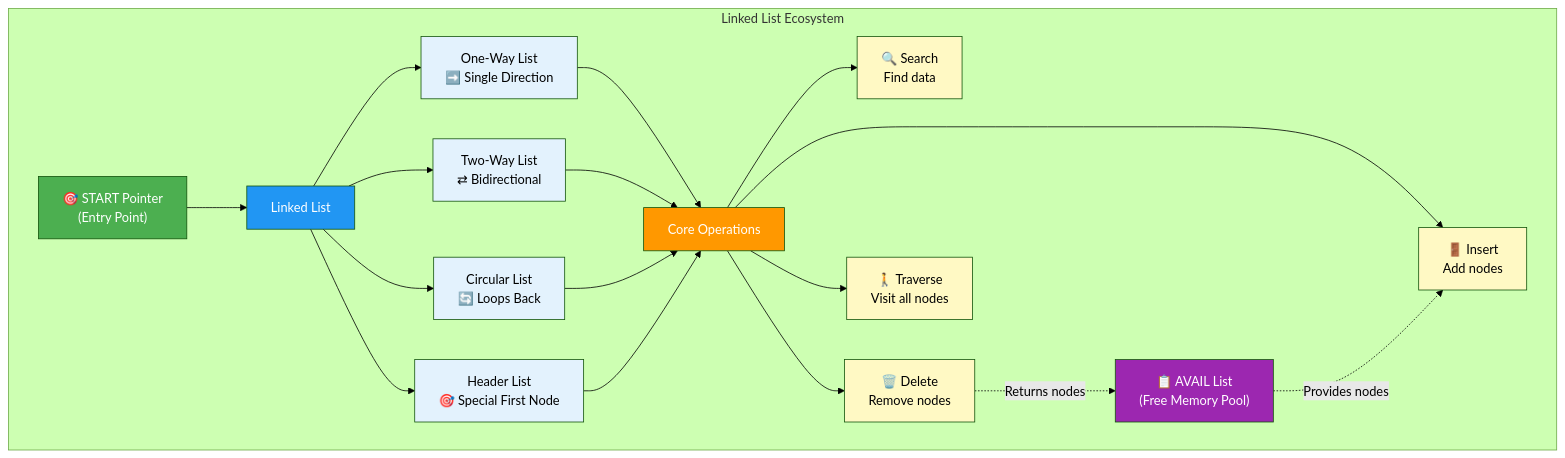
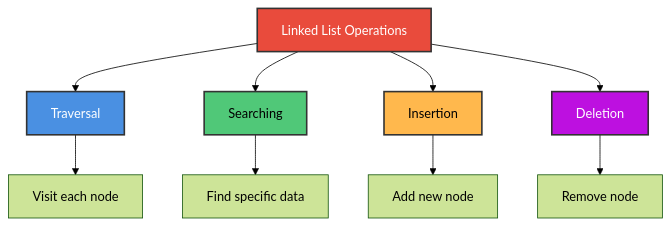
One commit to M-F-Tushar/CSE-2101-Data-Structure changed the fourth of 54 diagrams in Chapter 5 - Linked Lists/README.md. Above: the diagram before and after it, drawn with Mermaid (forest theme). The commit also changed other lines of this file, not shown here.

````diff
--- a/Chapter 5 - Linked Lists/README.md
+++ b/Chapter 5 - Linked Lists/README.md
@@ -22,37 +163,18 @@
 ```mermaid
-graph TB
-    subgraph "Linked List Ecosystem"
-        START["🎯 START Pointer<br/>(Entry Point)"] --> LL["Linked List"]
-        
-        LL --> T1["One-Way List<br/>➡️ Single Direction"]
-        LL --> T2["Two-Way List<br/>⇄ Bidirectional"]
-        LL --> T3["Circular List<br/>🔄 Loops Back"]
-        LL --> T4["Header List<br/>🎯 Special First Node"]
-        
-        T1 --> OPS["Core Operations"]
-        T2 --> OPS
-        T3 --> OPS
-        T4 --> OPS
-        
-        OPS --> O1["🔍 Search<br/>Find data"]
-        OPS --> O2["🚪 Insert<br/>Add nodes"]
-        OPS --> O3["🗑️ Delete<br/>Remove nodes"]
-        OPS --> O4["🚶 Traverse<br/>Visit all nodes"]
-        
-        AVAIL["📋 AVAIL List<br/>(Free Memory Pool)"] -.->|"Provides nodes"| O2
-        O3 -.->|"Returns nodes"| AVAIL
-        
-        style START fill:#4caf50,color:#fff
-        style LL fill:#2196f3,color:#fff
-        style T1 fill:#e3f2fd
-        style T2 fill:#e3f2fd
-        style T3 fill:#e3f2fd
-        style T4 fill:#e3f2fd
-        style OPS fill:#ff9800,color:#fff
-        style O1 fill:#fff9c4
-        style O2 fill:#fff9c4
-        style O3 fill:#fff9c4
-        style O4 fill:#fff9c4
-        style AVAIL fill:#9c27b0,color:#fff
-    end
+graph TD
+    A["Linked List Operations"] --> B["Traversal"]
+    A --> C["Searching"]
+    A --> D["Insertion"]
+    A --> E["Deletion"]
+    
+    B --> B1["Visit each node"]
+    C --> C1["Find specific data"]
+    D --> D1["Add new node"]
+    E --> E1["Remove node"]
+    
+    style A fill:#E94B3C,stroke:#333,stroke-width:2px,color:#fff
+    style B fill:#4A90E2,stroke:#333,stroke-width:2px,color:#fff
+    style C fill:#50C878,stroke:#333,stroke-width:2px,color:#000
+    style D fill:#FFB84D,stroke:#333,stroke-width:2px,color:#000
+    style E fill:#BD10E0,stroke:#333,stroke-width:2px,color:#fff
 ```
````
